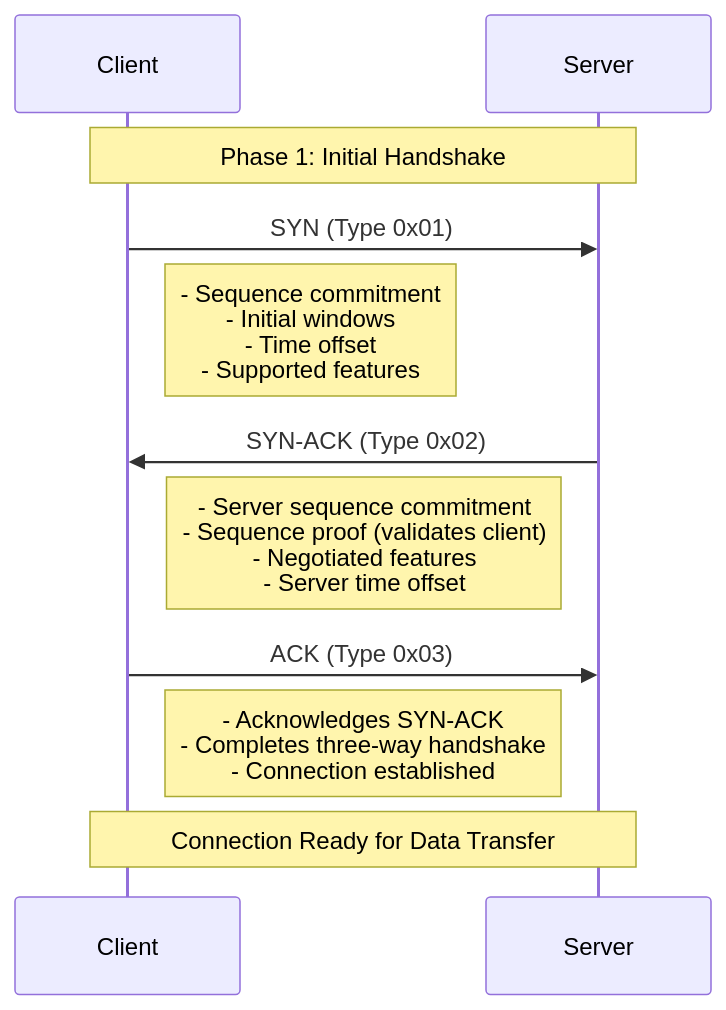
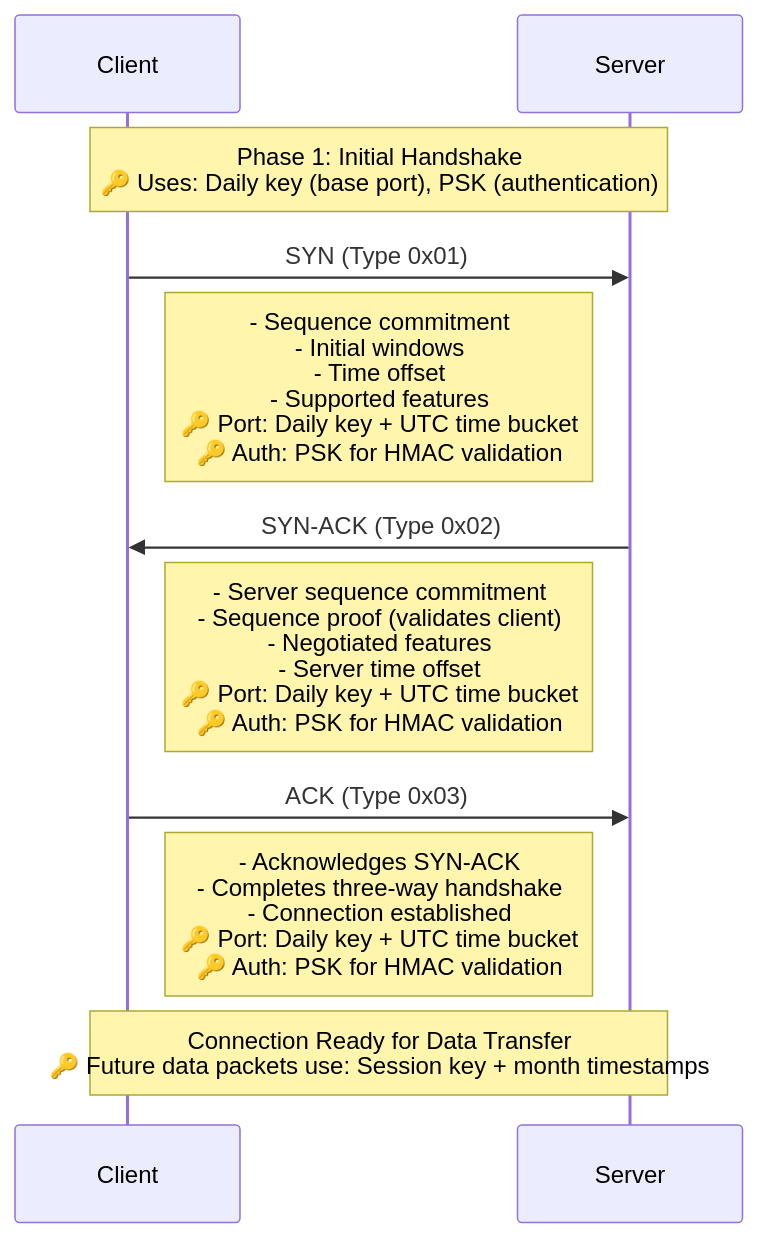
The first of 44 diagrams in design/protocol/14-sequence-diagrams.md (aidanmorgan/buckwild), drawn with Mermaid before and after one commit. The commit also changed other lines of this file and 9 other files, not shown here.

````diff
--- a/design/protocol/14-sequence-diagrams.md
+++ b/design/protocol/14-sequence-diagrams.md
@@ -26,17 +26,17 @@
 ```mermaid
 sequenceDiagram
     participant Client
     participant Server
     
-    Note over Client,Server: Phase 1: Initial Handshake
+    Note over Client,Server: Phase 1: Initial Handshake<br/>🔑 Uses: Daily key (base port), PSK (authentication)
     Client->>Server: SYN (Type 0x01)
-    Note right of Client: - Sequence commitment<br/>- Initial windows<br/>- Time offset<br/>- Supported features
+    Note right of Client: - Sequence commitment<br/>- Initial windows<br/>- Time offset<br/>- Supported features<br/>🔑 Port: Daily key + UTC time bucket<br/>🔑 Auth: PSK for HMAC validation
     
     Server->>Client: SYN-ACK (Type 0x02)
-    Note left of Server: - Server sequence commitment<br/>- Sequence proof (validates client)<br/>- Negotiated features<br/>- Server time offset
+    Note left of Server: - Server sequence commitment<br/>- Sequence proof (validates client)<br/>- Negotiated features<br/>- Server time offset<br/>🔑 Port: Daily key + UTC time bucket<br/>🔑 Auth: PSK for HMAC validation
     
     Client->>Server: ACK (Type 0x03)
-    Note right of Client: - Acknowledges SYN-ACK<br/>- Completes three-way handshake<br/>- Connection established
+    Note right of Client: - Acknowledges SYN-ACK<br/>- Completes three-way handshake<br/>- Connection established<br/>🔑 Port: Daily key + UTC time bucket<br/>🔑 Auth: PSK for HMAC validation
     
-    Note over Client,Server: Connection Ready for Data Transfer
+    Note over Client,Server: Connection Ready for Data Transfer<br/>🔑 Future data packets use: Session key + month timestamps
 ```
````
